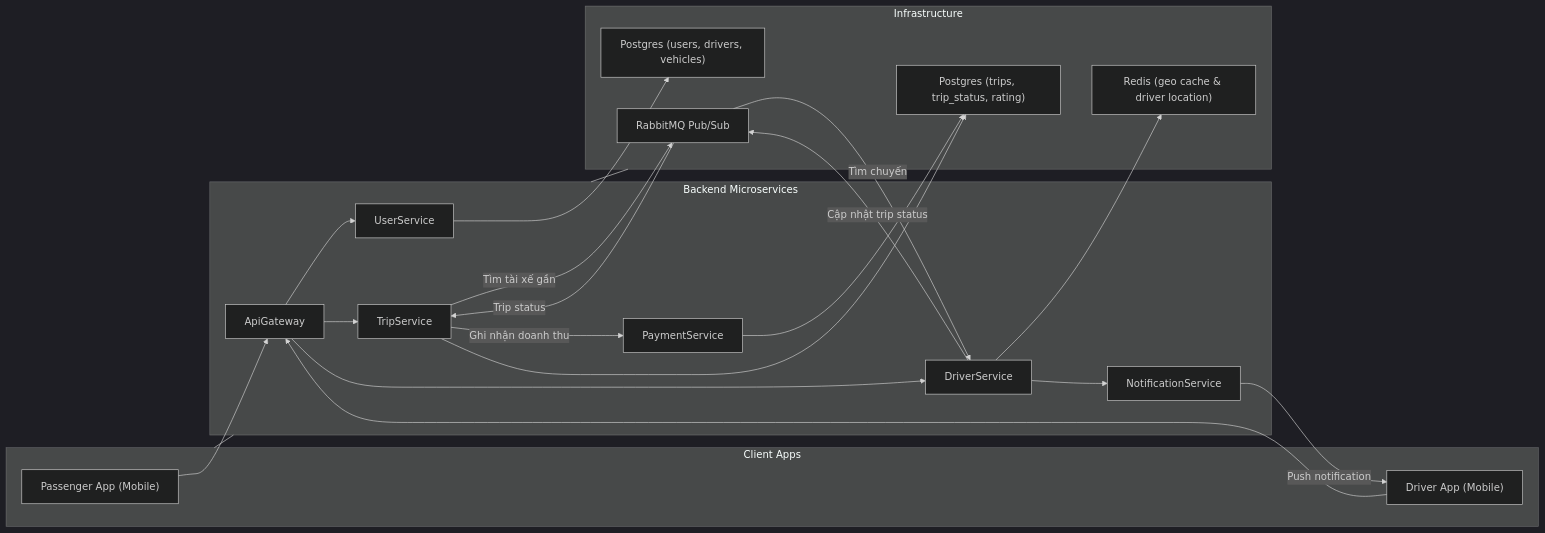
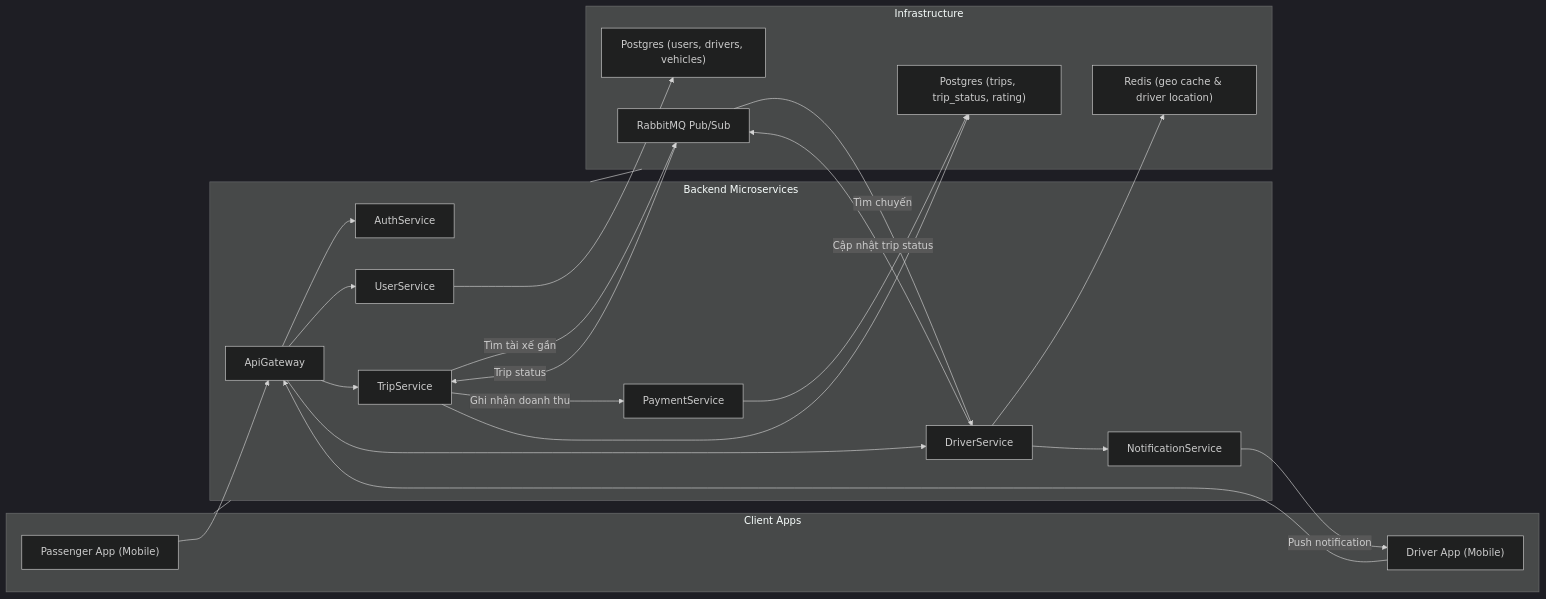
The diagram in ARCHITECTURE.md (LeVanHuy84/uit-go-project), drawn with Mermaid (dark theme) before and after one commit. The commit also changed other lines of this file, not shown here.

````diff
--- a/ARCHITECTURE.md
+++ b/ARCHITECTURE.md
@@ -63,54 +54,56 @@
 ```mermaid
 flowchart LR
   %% CLIENT LAYER
   subgraph Clients["Client Apps"]
     Passenger["Passenger App (Mobile)"]
     DriverApp["Driver App (Mobile)"]
   end
 
   %% SERVICE LAYER
   subgraph Services["Backend Microservices"]
     ApiGateway["ApiGateway"]
+    AuthSvc["AuthService"]
     UserSvc["UserService"]
     TripSvc["TripService"]
     DriverSvc["DriverService"]
     NotificationSvc["NotificationService"]
     PaymentSvc["PaymentService"]
   end
 
   %% INFRASTRUCTURE
   subgraph Infra["Infrastructure"]
     PostgresUser["Postgres (users, drivers, vehicles)"]
     PostgresTrip["Postgres (trips, trip_status, rating)"]
     RedisGeo["Redis (geo cache & driver location)"]
     MQ["RabbitMQ Pub/Sub"]
   end
 
   %% RELATIONS
   Passenger --> ApiGateway
   DriverApp --> ApiGateway
 
+  ApiGateway --> AuthSvc
   ApiGateway --> UserSvc
   ApiGateway --> TripSvc
   ApiGateway --> DriverSvc
 
   TripSvc -->|Tìm tài xế gần| MQ
   MQ --> |Tìm chuyến| DriverSvc
   DriverSvc --> |Cập nhật trip status| MQ
   MQ --> |Trip status| TripSvc
 
   DriverSvc --> RedisGeo
   DriverSvc --> NotificationSvc
   NotificationSvc -->|Push notification| DriverApp
 
   UserSvc --> PostgresUser
 
   TripSvc -->|Ghi nhận doanh thu| PaymentSvc
   PaymentSvc --> PostgresTrip
 
   TripSvc --> PostgresTrip
 
   %% ALIGN LAYERS
   Clients --- Services --- Infra
 
 ```
````
